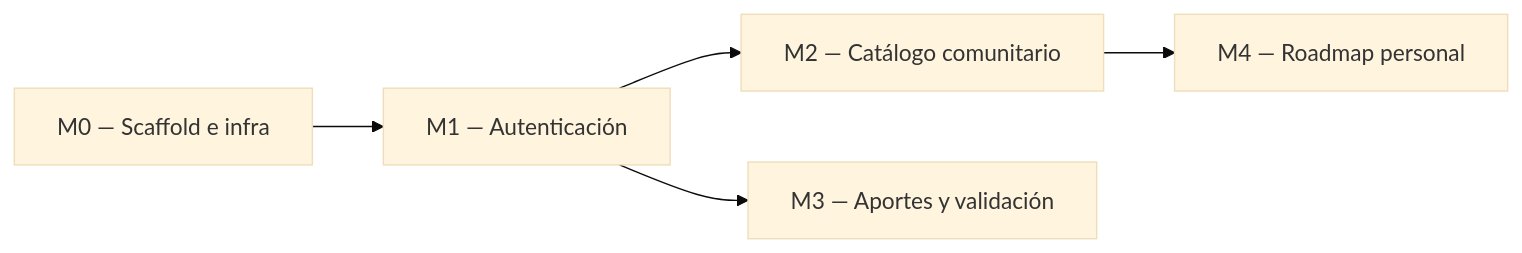
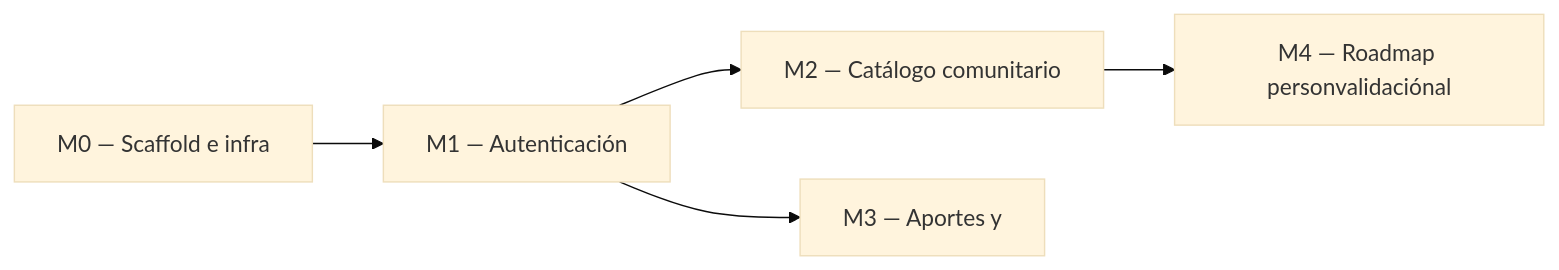
One commit to jonysanturio/WebApp-Repositories changed the diagram in docs/IMPLEMENTATION_PLAN.md. Above: the diagram before and after it, drawn with Mermaid (base theme). The commit also changed other lines of this file and 1 other file, not shown here.

````diff
--- a/docs/IMPLEMENTATION_PLAN.md
+++ b/docs/IMPLEMENTATION_PLAN.md
@@ -20,7 +20,7 @@
 ```mermaid
 flowchart LR
     M0[M0 — Scaffold e infra] --> M1[M1 — Autenticación]
     M1 --> M2[M2 — Catálogo comunitario]
-    M1 --> M3[M3 — Aportes y validación]
-    M2 --> M4[M4 — Roadmap personal]
+    M1 --> M3[M3 — Aportes y ]
+    M2 --> M4[M4 — Roadmap personvalidaciónal]
 ```
````
